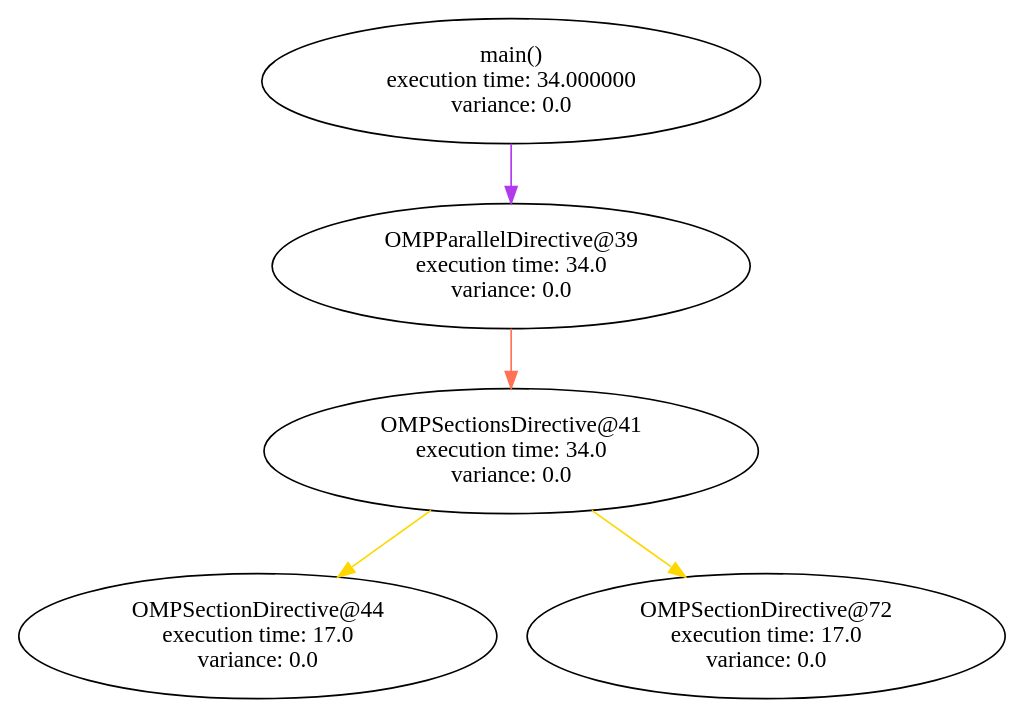
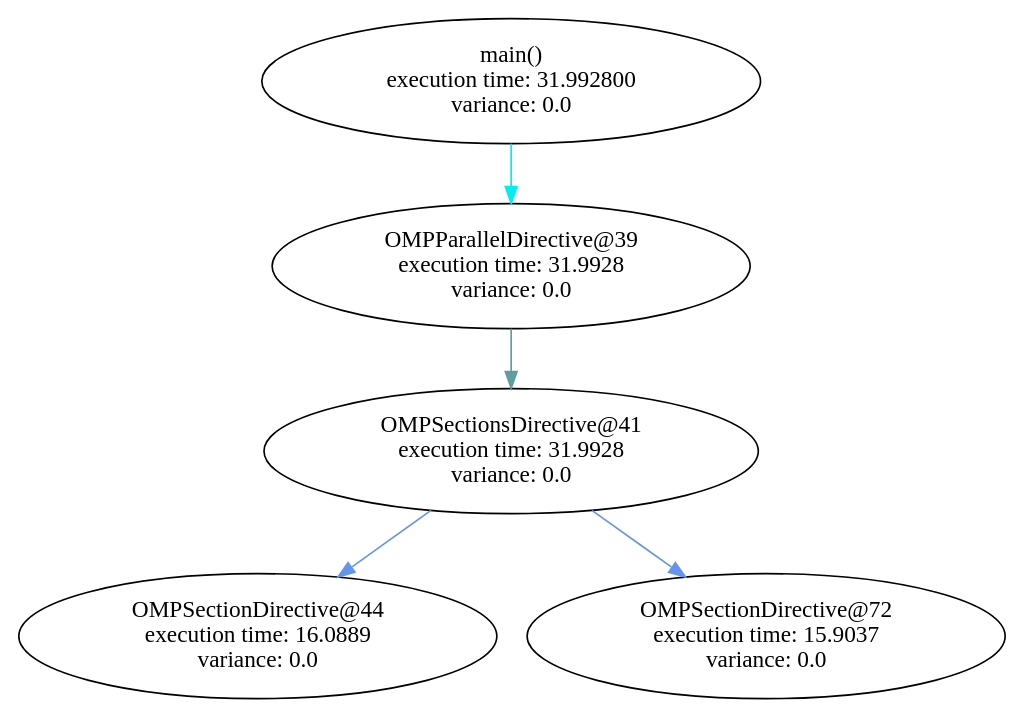
The diagram in graph_sched/graphs/main_code.dot (filippobrizzi/soma), drawn with Graphviz before and after one commit. The commit also changed 21 other files, not shown here.

```diff
--- a/graph_sched/graphs/main_code.dot
+++ b/graph_sched/graphs/main_code.dot
@@ -1,32 +1,32 @@
 digraph G {
 	graph [bb="0,0,500,412"];
 	node [label="\N"];
 	main	 [height=1.041,
-		label="main()\n execution time: 34.000000\nvariance: 0.0",
+		label="main()\n execution time: 31.992800\nvariance: 0.0",
 		pos="250,374",
 		width=3.4507];
 	"OMPParallelDirective@39"	 [height=1.041,
-		label="OMPParallelDirective@39\n execution time: 34.0\nvariance: 0.0",
+		label="OMPParallelDirective@39\n execution time: 31.9928\nvariance: 0.0",
 		pos="250,262",
 		width=3.346];
-	main -> "OMPParallelDirective@39"	 [color=darkorchid2,
+	main -> "OMPParallelDirective@39"	 [color=cyan2,
 		pos="e,250,299.84 250,336.37 250,327.93 250,318.83 250,310.01"];
 	"OMPSectionsDirective@41"	 [height=1.041,
-		label="OMPSectionsDirective@41\n execution time: 34.0\nvariance: 0.0",
+		label="OMPSectionsDirective@41\n execution time: 31.9928\nvariance: 0.0",
 		pos="250,150",
 		width=3.4507];
-	"OMPParallelDirective@39" -> "OMPSectionsDirective@41"	 [color=coral1,
+	"OMPParallelDirective@39" -> "OMPSectionsDirective@41"	 [color=cadetblue,
 		pos="e,250,187.84 250,224.37 250,215.93 250,206.83 250,198.01"];
 	"OMPSectionDirective@44"	 [height=1.041,
-		label="OMPSectionDirective@44\n execution time: 17.0\nvariance: 0.0",
+		label="OMPSectionDirective@44\n execution time: 16.0889\nvariance: 0.0",
 		pos="120,38",
 		width=3.346];
-	"OMPSectionsDirective@41" -> "OMPSectionDirective@44"	 [color=gold,
+	"OMPSectionsDirective@41" -> "OMPSectionDirective@44"	 [color=cornflowerblue,
 		pos="e,160.63,73.38 209.22,114.5 196.28,103.54 181.83,91.32 168.4,79.956"];
 	"OMPSectionDirective@72"	 [height=1.041,
-		label="OMPSectionDirective@72\n execution time: 17.0\nvariance: 0.0",
+		label="OMPSectionDirective@72\n execution time: 15.9037\nvariance: 0.0",
 		pos="380,38",
 		width=3.346];
-	"OMPSectionsDirective@41" -> "OMPSectionDirective@72"	 [color=gold,
+	"OMPSectionsDirective@41" -> "OMPSectionDirective@72"	 [color=cornflowerblue,
 		pos="e,339.37,73.38 290.78,114.5 303.72,103.54 318.17,91.32 331.6,79.956"];
 }
```
